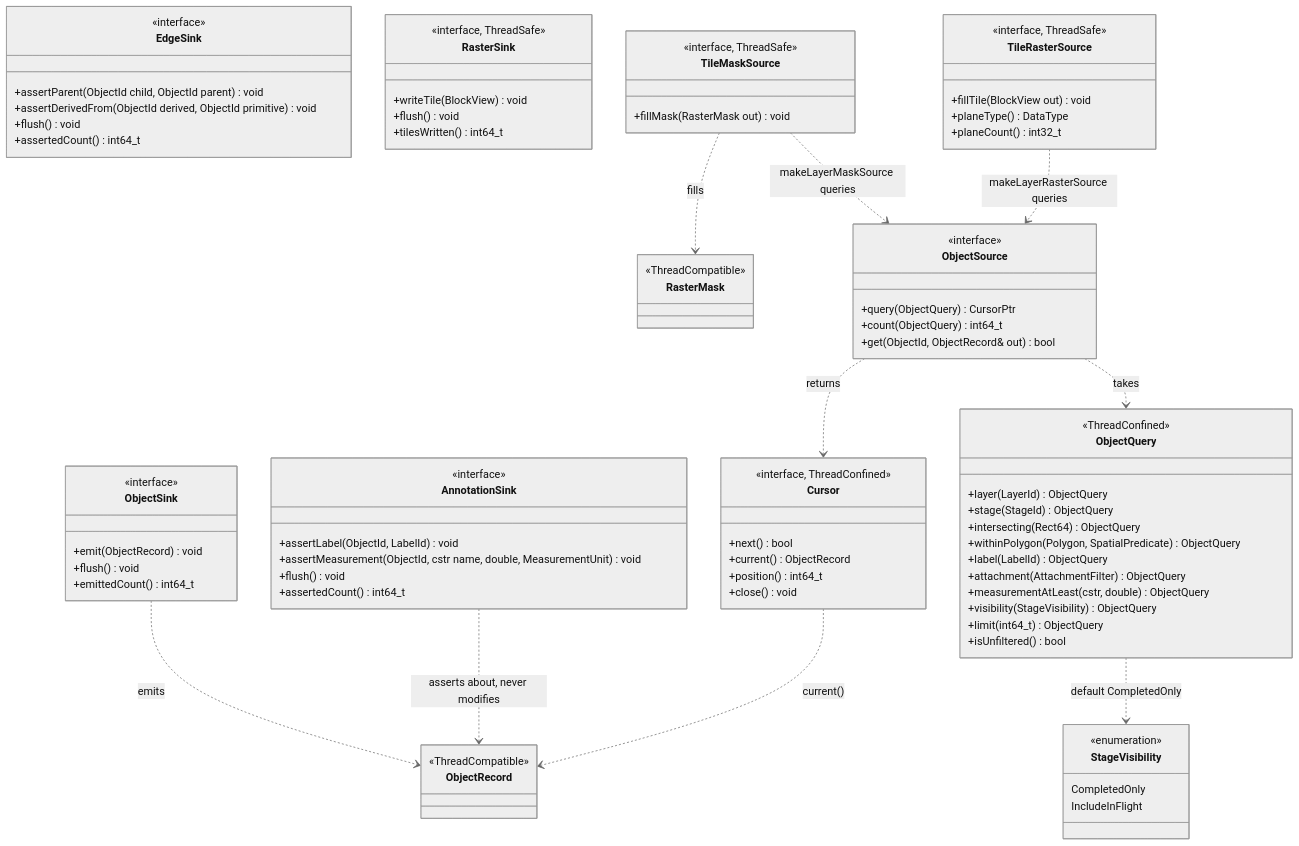
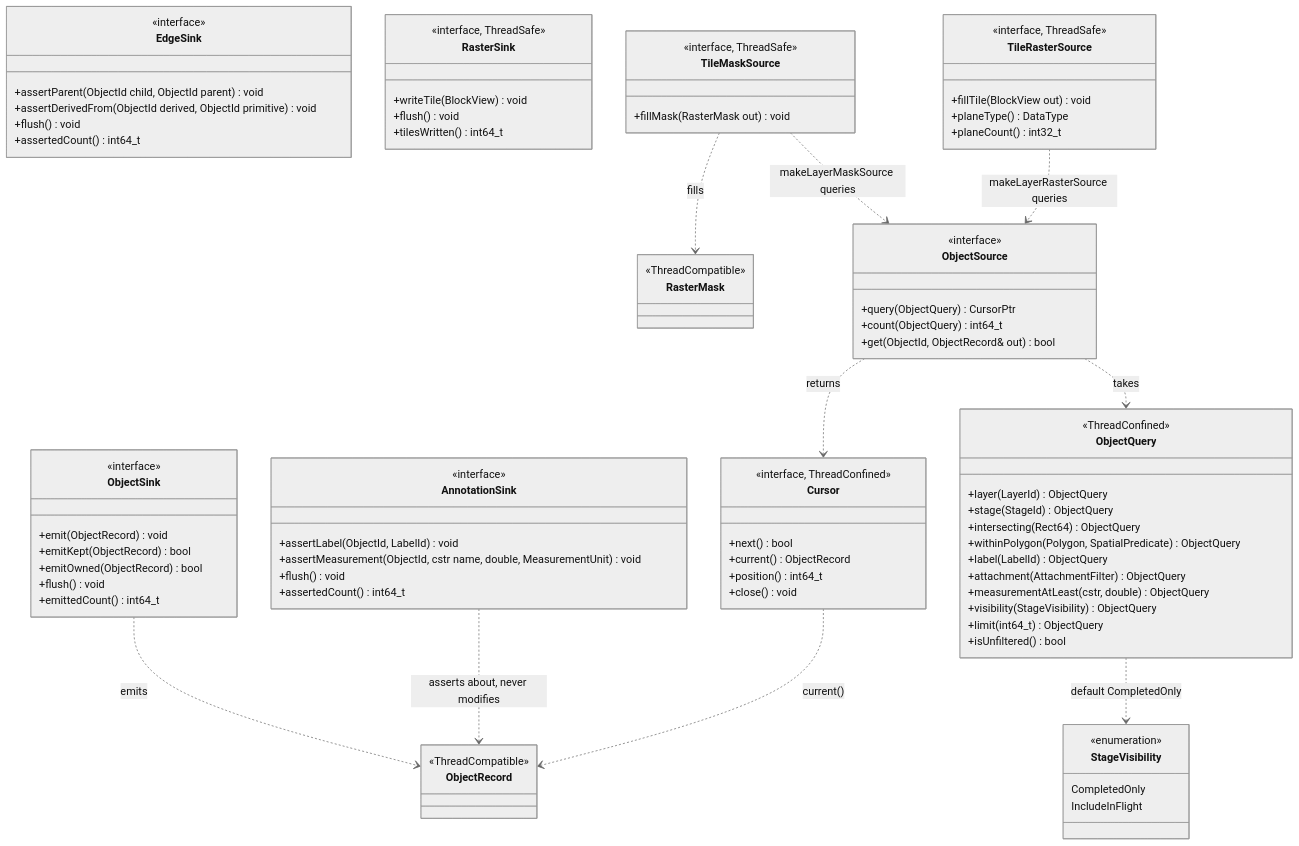
Before and after one commit to Booritas/slideio-processor: the fourth of 14 diagrams in docs/superpowers/specs/sds/08-class-diagrams.md, drawn with Mermaid (neutral theme). The commit also changed 14 other files, not shown here.

First line of the commit message:
feat(core): ObjectSink takes ownership of an emitted record

```diff
--- a/docs/superpowers/specs/sds/08-class-diagrams.md
+++ b/docs/superpowers/specs/sds/08-class-diagrams.md
@@ -348,6 +348,8 @@
     class ObjectSink {
         <<interface>>
         +emit(ObjectRecord) void
+        +emitKept(ObjectRecord) bool
+        +emitOwned(ObjectRecord) bool
         +flush() void
         +emittedCount() int64_t
     }
```
